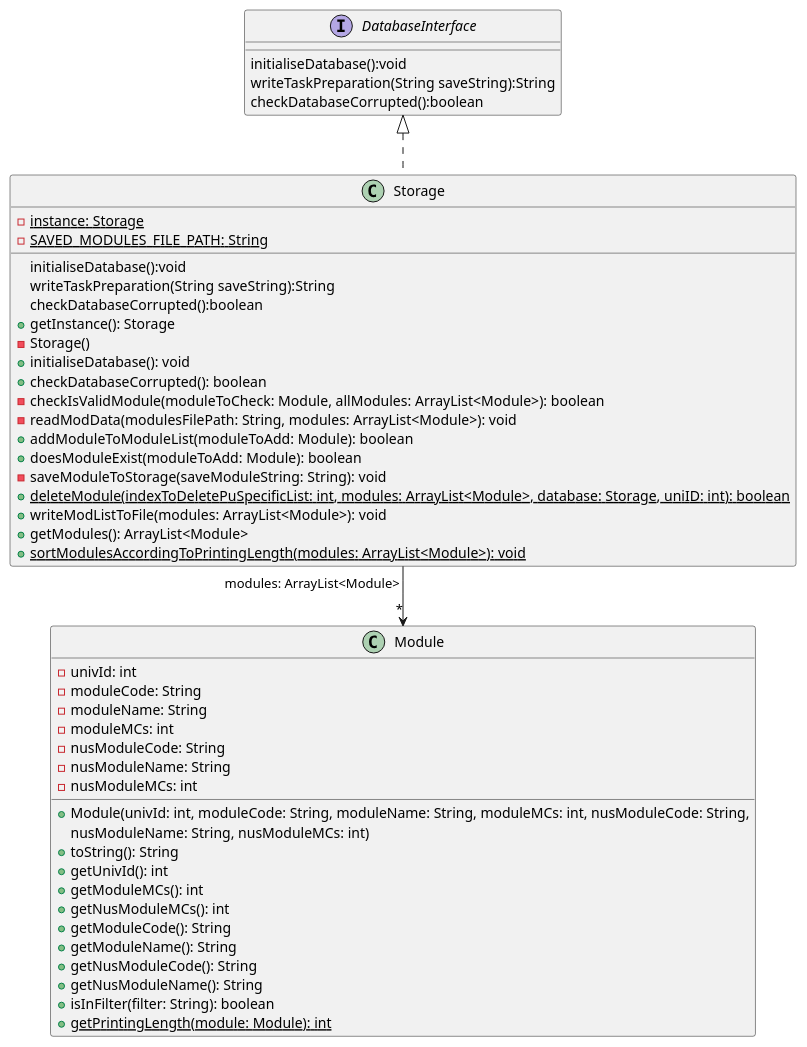
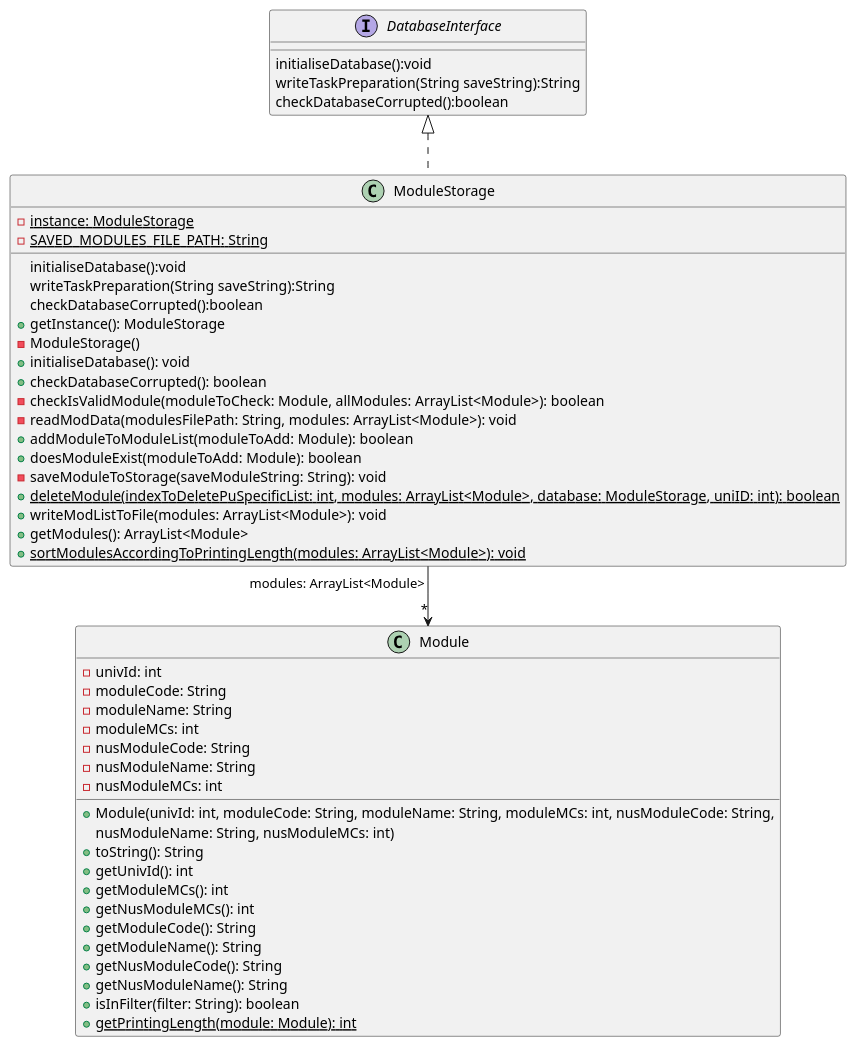
Before and after one commit to nus-cs2113-AY2223S2/tp: the diagram in docs/diagrams/Storage/StorageClassDiagram.puml, drawn with PlantUML.

Commit message:
Change Storage to ModuleStorage in Class Diagram

```diff
--- a/docs/diagrams/Storage/StorageClassDiagram.puml
+++ b/docs/diagrams/Storage/StorageClassDiagram.puml
@@ -1,56 +1,56 @@
 @startuml
 'https://plantuml.com/class-diagram
 
 interface DatabaseInterface {
 initialiseDatabase():void
 writeTaskPreparation(String saveString):String
 checkDatabaseCorrupted():boolean
 }
 
-class Storage implements DatabaseInterface {
+class ModuleStorage implements DatabaseInterface {
 initialiseDatabase():void
 writeTaskPreparation(String saveString):String
 checkDatabaseCorrupted():boolean
-- {static}instance: Storage
+- {static}instance: ModuleStorage
 - {static}SAVED_MODULES_FILE_PATH: String
-+ getInstance(): Storage
-- Storage()
++ getInstance(): ModuleStorage
+- ModuleStorage()
 + initialiseDatabase(): void
 + checkDatabaseCorrupted(): boolean
 - checkIsValidModule(moduleToCheck: Module, allModules: ArrayList<Module>): boolean
 - readModData(modulesFilePath: String, modules: ArrayList<Module>): void
 + addModuleToModuleList(moduleToAdd: Module): boolean
 + doesModuleExist(moduleToAdd: Module): boolean
 - saveModuleToStorage(saveModuleString: String): void
-+ {static}deleteModule(indexToDeletePuSpecificList: int, modules: ArrayList<Module>, database: Storage, uniID: int): boolean
++ {static}deleteModule(indexToDeletePuSpecificList: int, modules: ArrayList<Module>, database: ModuleStorage, uniID: int): boolean
 + writeModListToFile(modules: ArrayList<Module>): void
 + getModules(): ArrayList<Module>
 + {static}sortModulesAccordingToPrintingLength(modules: ArrayList<Module>): void
 }
 
-Storage "modules: ArrayList<Module>"--> "*"Module
+ModuleStorage "modules: ArrayList<Module>"--> "*"Module
 
 class Module {
 -univId: int
 -moduleCode: String
 -moduleName: String
 -moduleMCs: int
 -nusModuleCode: String
 -nusModuleName: String
 -nusModuleMCs: int
 +Module(univId: int, moduleCode: String, moduleName: String, moduleMCs: int, nusModuleCode: String,
 nusModuleName: String, nusModuleMCs: int)
 +toString(): String
 +getUnivId(): int
 +getModuleMCs(): int
 +getNusModuleMCs(): int
 +getModuleCode(): String
 +getModuleName(): String
 +getNusModuleCode(): String
 +getNusModuleName(): String
 +isInFilter(filter: String): boolean
 {static}+getPrintingLength(module: Module): int
 }
 
 
 @enduml
```
